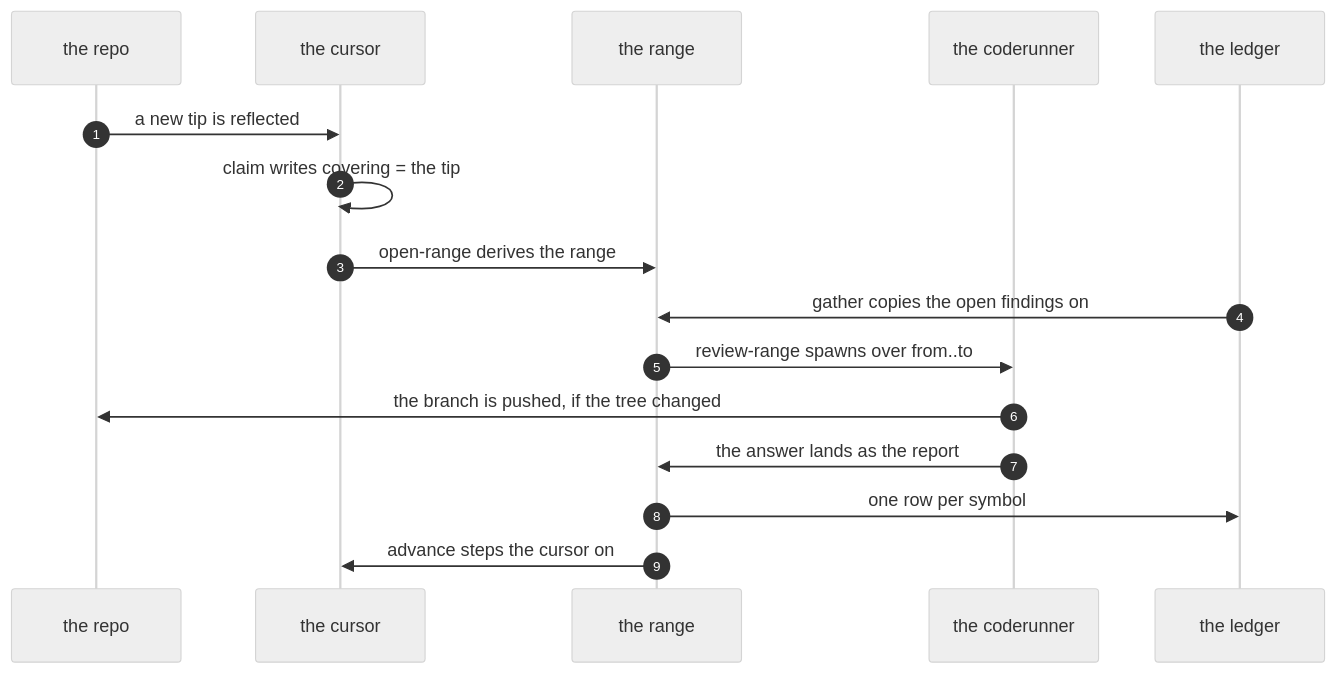
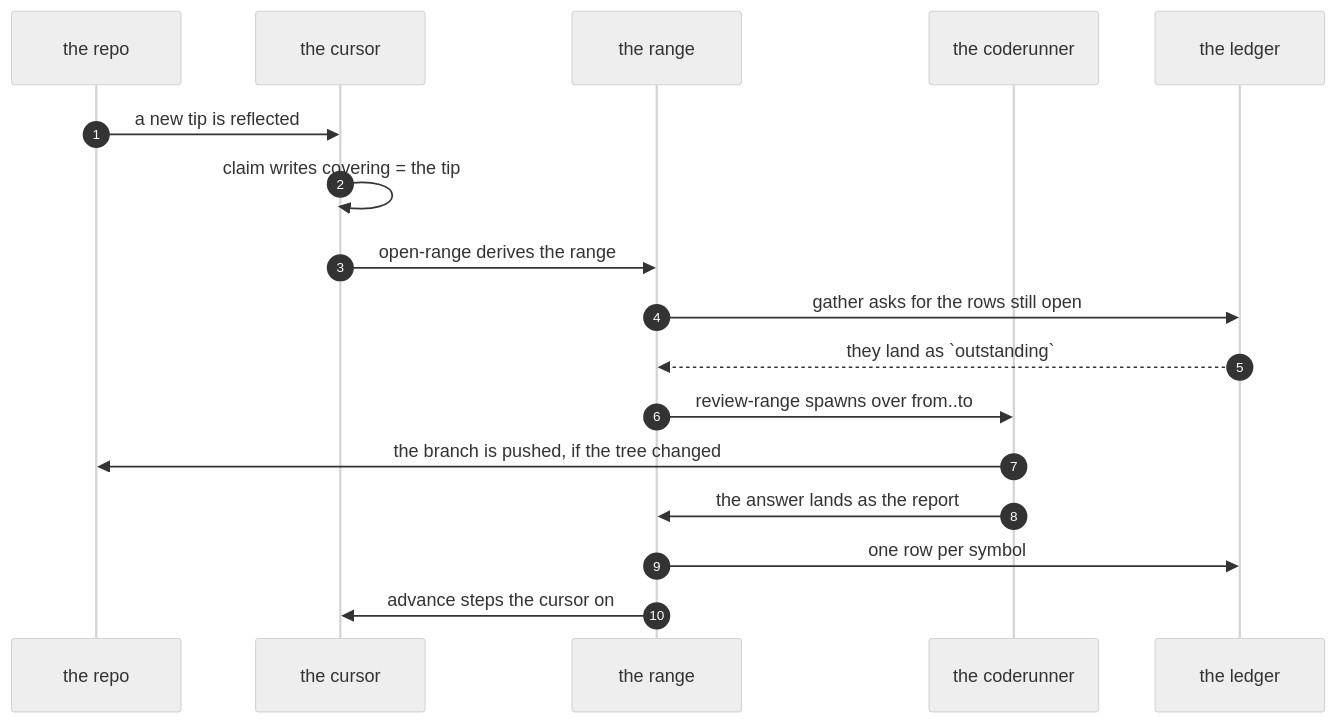
The second of 7 diagrams in docs/working/comment-drift-states.md (signadot/viff), drawn with Mermaid (neutral theme) before and after one commit. The commit also changed other lines of this file, not shown here.

First line of the commit message:
docs: the ledger is read, not asked — draw gather as the read it is

````diff
--- a/docs/working/comment-drift-states.md
+++ b/docs/working/comment-drift-states.md
@@ -45,19 +45,20 @@
 ```mermaid
 sequenceDiagram
     autonumber
     participant git as the repo
     participant cur as the cursor
     participant rng as the range
     participant run as the coderunner
     participant led as the ledger
 
     git->>cur: a new tip is reflected
     cur->>cur: claim writes covering = the tip
     cur->>rng: open-range derives the range
-    led->>rng: gather copies the open findings on
+    rng->>led: gather asks for the rows still open
+    led-->>rng: they land as `outstanding`
     rng->>run: review-range spawns over from..to
     run->>git: the branch is pushed, if the tree changed
     run->>rng: the answer lands as the report
     rng->>led: one row per symbol
     rng->>cur: advance steps the cursor on
 ```
````
